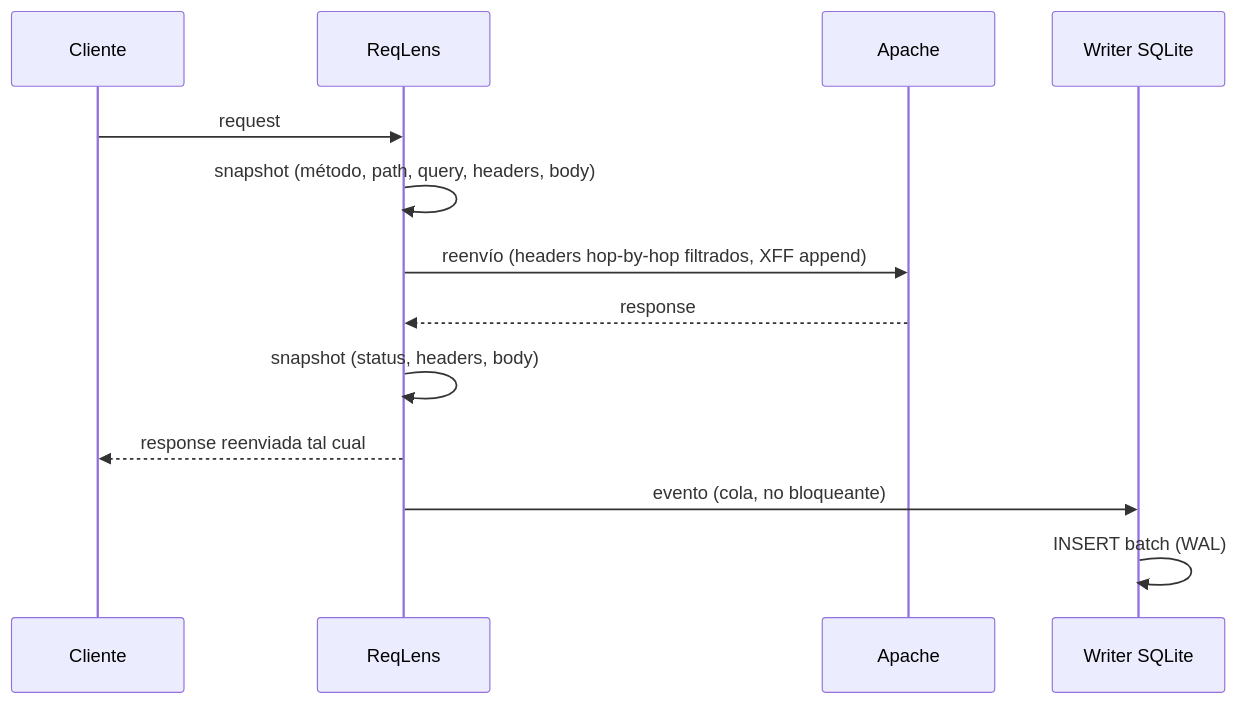
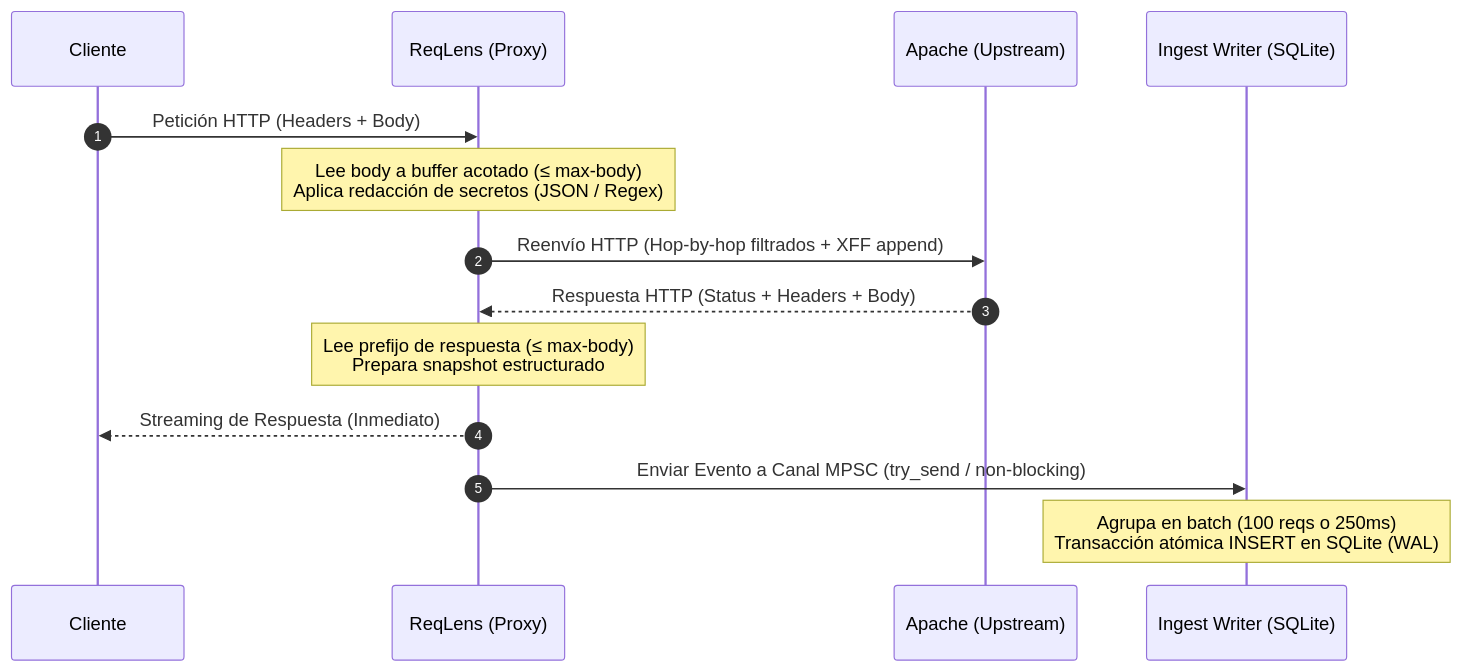
One commit to lui5gl/ReqLens changed the diagram in ARCHITECTURE.md. Above: the diagram before and after it, drawn with Mermaid. The commit also changed other lines of this file and 4 other files, not shown here.

Commit message:
Expand documentation with detailed architecture, data, operations, and security specs

````diff
--- a/ARCHITECTURE.md
+++ b/ARCHITECTURE.md
@@ -52,16 +75,17 @@
 ```mermaid
 sequenceDiagram
+    autonumber
     participant C as Cliente
-    participant P as ReqLens
-    participant A as Apache
-    participant I as Writer SQLite
+    participant P as ReqLens (Proxy)
+    participant A as Apache (Upstream)
+    participant W as Ingest Writer (SQLite)
 
-    C->>P: request
-    P->>P: snapshot (método, path, query, headers, body)
-    P->>A: reenvío (headers hop-by-hop filtrados, XFF append)
-    A-->>P: response
-    P->>P: snapshot (status, headers, body)
-    P-->>C: response reenviada tal cual
-    P->>I: evento (cola, no bloqueante)
-    I->>I: INSERT batch (WAL)
+    C->>P: Petición HTTP (Headers + Body)
+    Note over P: Lee body a buffer acotado (≤ max-body)<br/>Aplica redacción de secretos (JSON / Regex)
+    P->>A: Reenvío HTTP (Hop-by-hop filtrados + XFF append)
+    A-->>P: Respuesta HTTP (Status + Headers + Body)
+    Note over P: Lee prefijo de respuesta (≤ max-body)<br/>Prepara snapshot estructurado
+    P-->>C: Streaming de Respuesta (Inmediato)
+    P->>W: Enviar Evento a Canal MPSC (try_send / non-blocking)
+    Note over W: Agrupa en batch (100 reqs o 250ms)<br/>Transacción atómica INSERT en SQLite (WAL)
 ```
````
